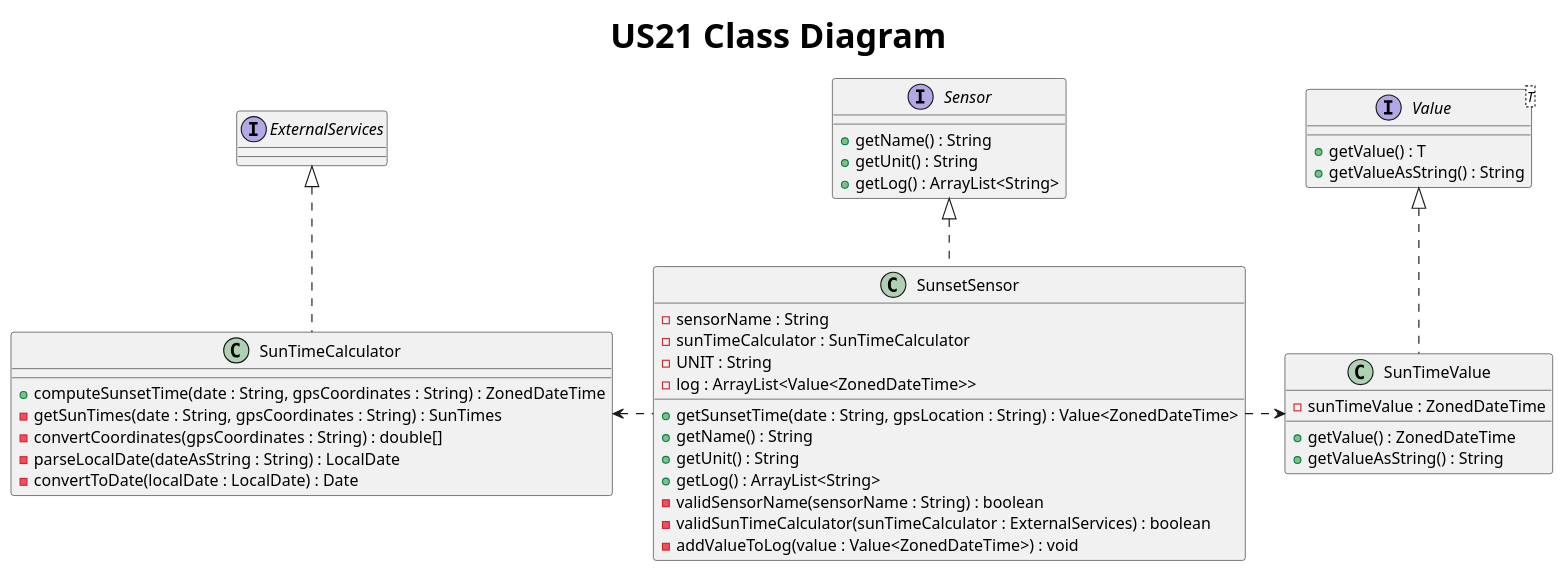
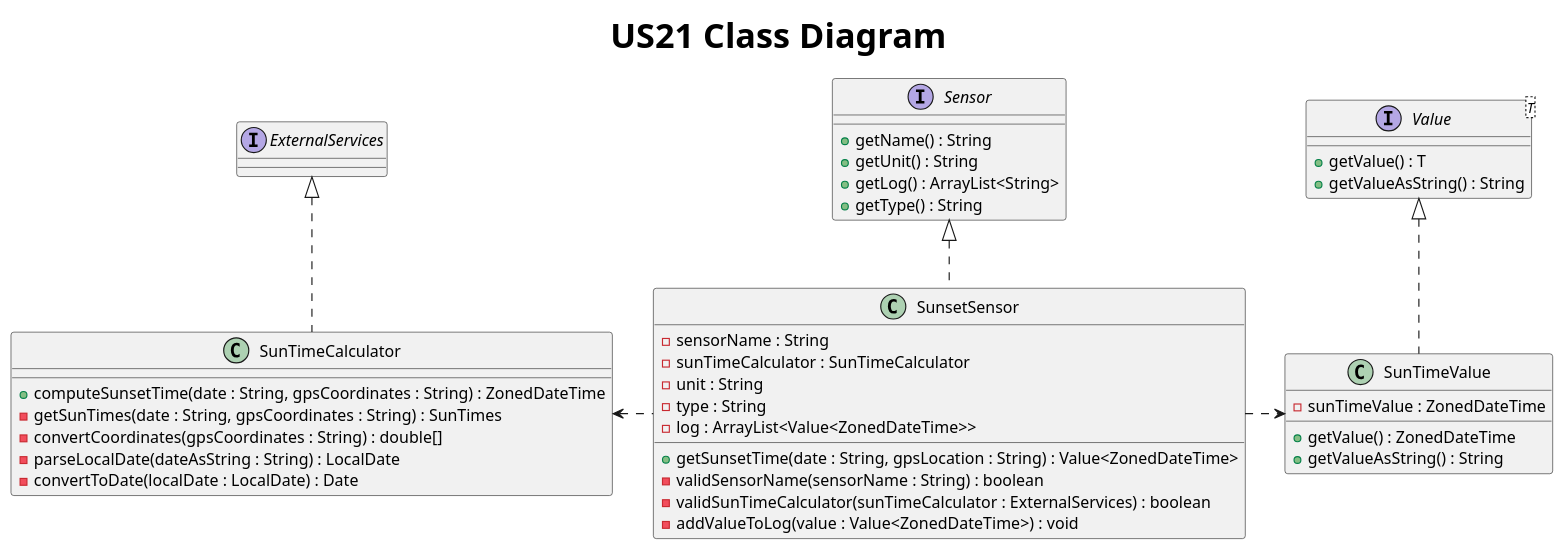
One commit to AfonsoNeves77/smartHouse changed the diagram in Docs/US21/S3US21ClassDiagram.puml. Above: the diagram before and after it, drawn with PlantUML. The commit also changed 2 other files, not shown here.

Commit message:
US21: Added unit attribute and getter method to SunsetSensor Class. Updated Class Diagram in accordance. Added more tests and proper documentation.

```diff
--- a/Docs/US21/S3US21ClassDiagram.puml
+++ b/Docs/US21/S3US21ClassDiagram.puml
@@ -1,56 +1,55 @@
 @startuml
 title <size: 30> US21 Class Diagram
 
 '...........REQUIRES VALIDATION !!!!!!!!!!!!'
 
 interface Sensor {
     + getName() : String
     + getUnit() : String
     + getLog() : ArrayList<String>
+    + getType() : String
 }
 
 interface Value<T> {
     + getValue() : T
     + getValueAsString() : String
 }
 
 interface ExternalServices {
 
 }
 
 class SunsetSensor{
     - sensorName : String
     - sunTimeCalculator : SunTimeCalculator
-    - UNIT : String
+    - unit : String
+    - type : String
     - log : ArrayList<Value<ZonedDateTime>>
 
     + getSunsetTime(date : String, gpsLocation : String) : Value<ZonedDateTime>
-    + getName() : String
-    + getUnit() : String
-    + getLog() : ArrayList<String>
     - validSensorName(sensorName : String) : boolean
     - validSunTimeCalculator(sunTimeCalculator : ExternalServices) : boolean
     - addValueToLog(value : Value<ZonedDateTime>) : void
 }
 
 class SunTimeValue {
     - sunTimeValue : ZonedDateTime
     + getValue() : ZonedDateTime
     + getValueAsString() : String
 }
 
 class SunTimeCalculator {
     + computeSunsetTime(date : String, gpsCoordinates : String) : ZonedDateTime
     - getSunTimes(date : String, gpsCoordinates : String) : SunTimes
     - convertCoordinates(gpsCoordinates : String) : double[]
     - parseLocalDate(dateAsString : String) : LocalDate
     - convertToDate(localDate : LocalDate) : Date
 }
 
 Value <|.. SunTimeValue
 Sensor <|.. SunsetSensor
 ExternalServices <|.. SunTimeCalculator
 SunsetSensor .left.> SunTimeCalculator
 SunsetSensor .right.> SunTimeValue
 
 @enduml
```
